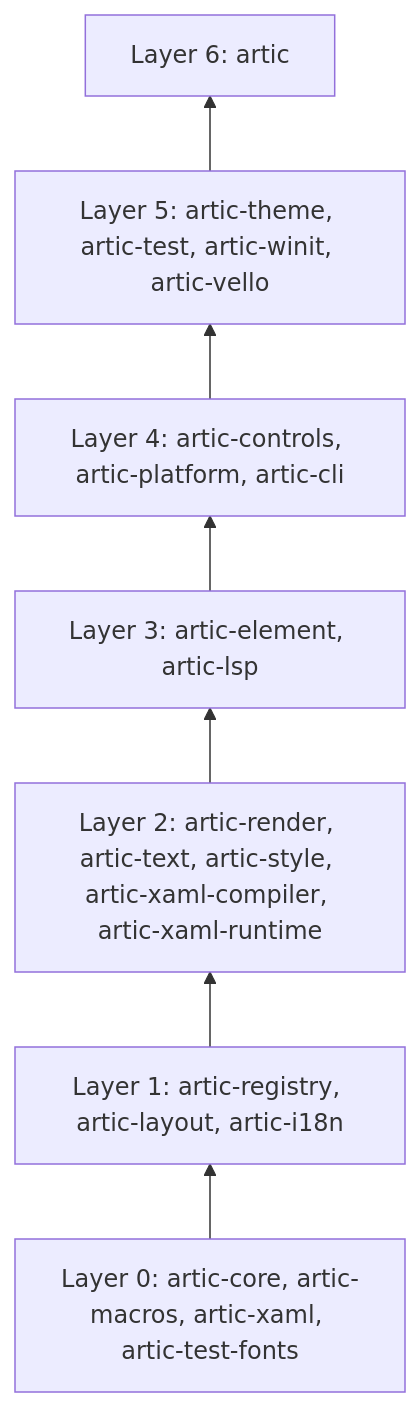
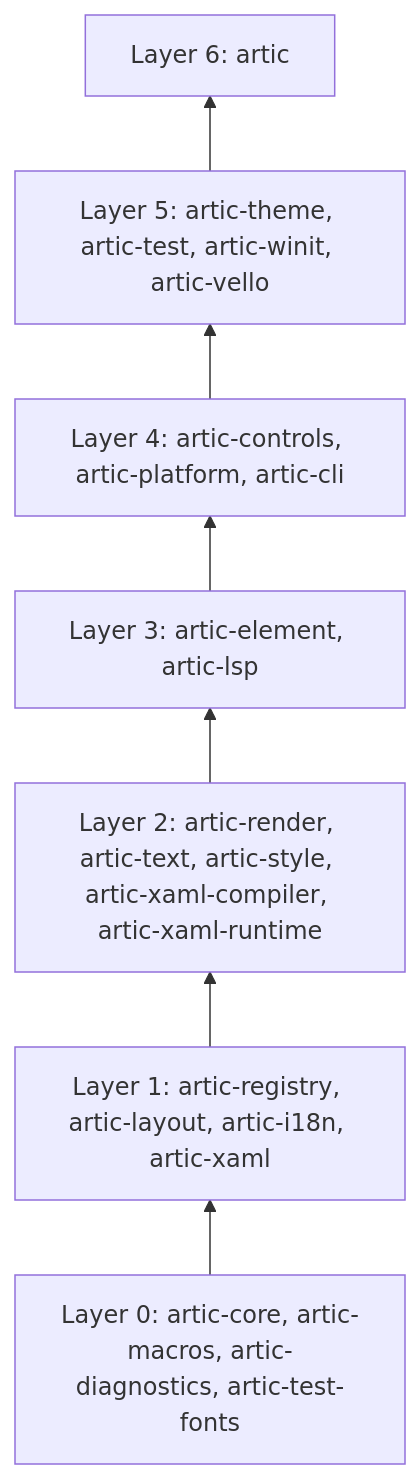
Before and after one commit to wolfware-labs/artic: the diagram in README.md, drawn with Mermaid. The commit also changed other lines of this file and 35 other files, not shown here.

Commit message:
refactor(diagnostics): move spans and diagnostics out of artic-xaml (#329)

````diff
--- a/README.md
+++ b/README.md
@@ -87,11 +88,11 @@
 ```mermaid
 flowchart BT
-  L0["Layer 0: artic-core, artic-macros, artic-xaml, artic-test-fonts"]
-  L1["Layer 1: artic-registry, artic-layout, artic-i18n"]
+  L0["Layer 0: artic-core, artic-macros, artic-diagnostics, artic-test-fonts"]
+  L1["Layer 1: artic-registry, artic-layout, artic-i18n, artic-xaml"]
   L2["Layer 2: artic-render, artic-text, artic-style, artic-xaml-compiler, artic-xaml-runtime"]
   L3["Layer 3: artic-element, artic-lsp"]
   L4["Layer 4: artic-controls, artic-platform, artic-cli"]
   L5["Layer 5: artic-theme, artic-test, artic-winit, artic-vello"]
   L6["Layer 6: artic"]
   L0 --> L1 --> L2 --> L3 --> L4 --> L5 --> L6
 ```
````
